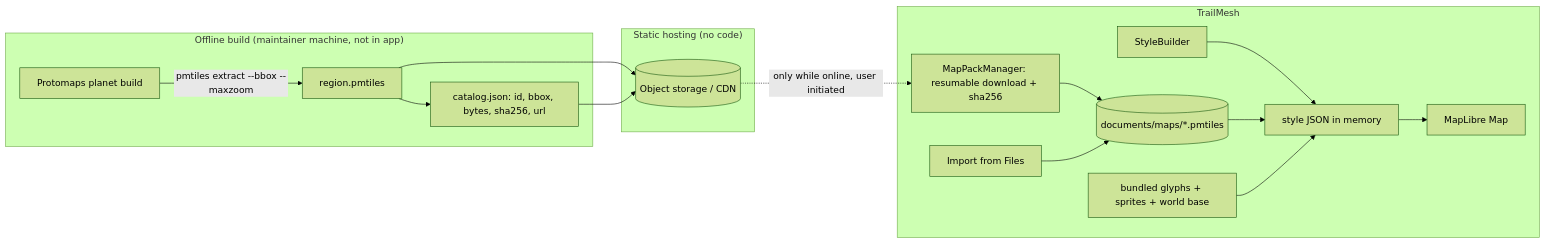
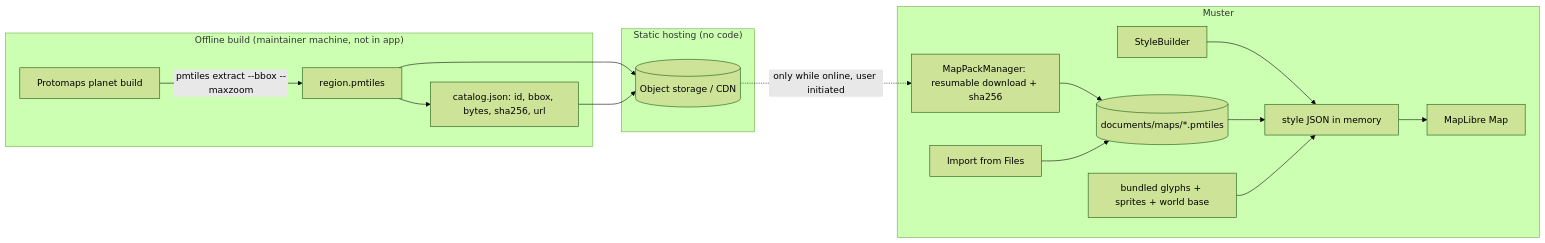
Before and after one commit to aditipolkam/muster: the diagram in docs/MAP_ARCHITECTURE.md, drawn with Mermaid (forest theme). The commit also changed other lines of this file and 92 other files, not shown here.

First line of the commit message:
chore: rename TrailMesh to Muster and add the compass app icon (#11)

````diff
--- a/docs/MAP_ARCHITECTURE.md
+++ b/docs/MAP_ARCHITECTURE.md
@@ -61,20 +61,20 @@
 ```mermaid
 flowchart LR
   subgraph Build["Offline build (maintainer machine, not in app)"]
     P[Protomaps planet build] -->|pmtiles extract --bbox --maxzoom| R[region.pmtiles]
     R --> C[catalog.json: id, bbox, bytes, sha256, url]
   end
   subgraph Host["Static hosting (no code)"]
     R --> H[(Object storage / CDN)]
     C --> H
   end
-  subgraph App["TrailMesh"]
+  subgraph App["Muster"]
     DL[MapPackManager: resumable download + sha256] --> FS[(documents/maps/*.pmtiles)]
     IMP[Import from Files] --> FS
     SB[StyleBuilder] --> ST[style JSON in memory]
     FS --> ST
     ASSET[bundled glyphs + sprites + world base] --> ST
     ST --> ML[MapLibre Map]
   end
   H -.->|only while online, user initiated| DL
 ```
````
